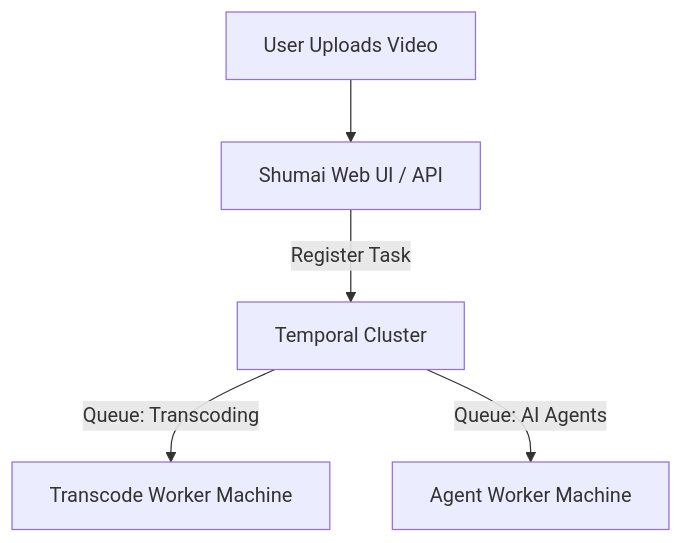
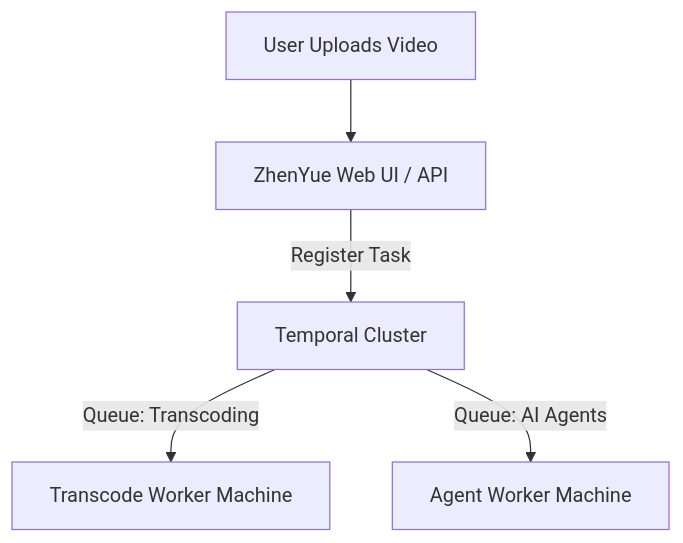
One commit to JIXIAOLIN119/zhenyue changed the diagram in docs/configuration/temporal.mdx. Above: the diagram before and after it, drawn with Mermaid. The commit also changed other lines of this file and 2577 other files, not shown here.

First line of the commit message:
feat(project): rebrand to ZhenYue, green theme, and auto covers

````diff
--- a/docs/configuration/temporal.mdx
+++ b/docs/configuration/temporal.mdx
@@ -16,7 +16,7 @@
 ```mermaid
 graph TD
-    UserUpload[User Uploads Video] --> WebApp[Shumai Web UI / API]
+    UserUpload[User Uploads Video] --> WebApp[ZhenYue Web UI / API]
     WebApp -->|Register Task| Temporal[Temporal Cluster]
     Temporal -->|Queue: Transcoding| TranscodeWorker[Transcode Worker Machine]
     Temporal -->|Queue: AI Agents| AgentWorker[Agent Worker Machine]
 ```
````
